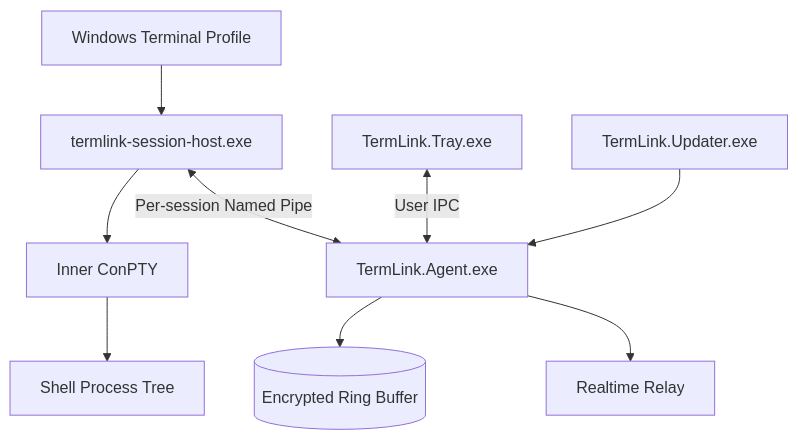
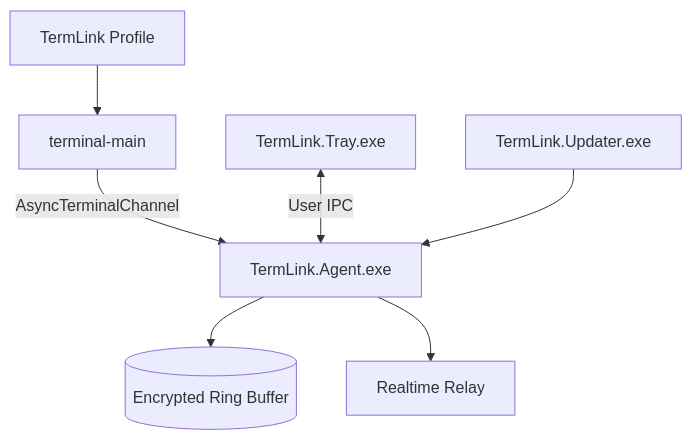
One commit to myucxy/TermLink changed the eighth of 16 diagrams in docs/COMPLETE_SYSTEM_DESIGN.md. Above: the diagram before and after it, drawn with Mermaid. The commit also changed other lines of this file and 301 other files, not shown here.

````diff
--- a/docs/COMPLETE_SYSTEM_DESIGN.md
+++ b/docs/COMPLETE_SYSTEM_DESIGN.md
@@ -280,11 +482,9 @@
 ```mermaid
 flowchart TB
-    PROFILE[Windows Terminal Profile] --> CLI[termlink-session-host.exe]
-    CLI --> CONPTY[Inner ConPTY]
-    CONPTY --> PROC[Shell Process Tree]
-    CLI <-->|Per-session Named Pipe| CORE[TermLink.Agent.exe]
+    PROFILE[TermLink Profile] --> TM[terminal-main]
+    TM -->|AsyncTerminalChannel| CORE[TermLink.Agent.exe]
     TRAY[TermLink.Tray.exe] <-->|User IPC| CORE
     UPDATE[TermLink.Updater.exe] --> CORE
     CORE --> CACHE[(Encrypted Ring Buffer)]
     CORE --> RELAY[Realtime Relay]
 ```
````
